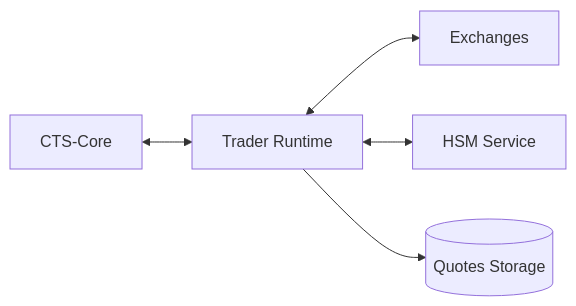
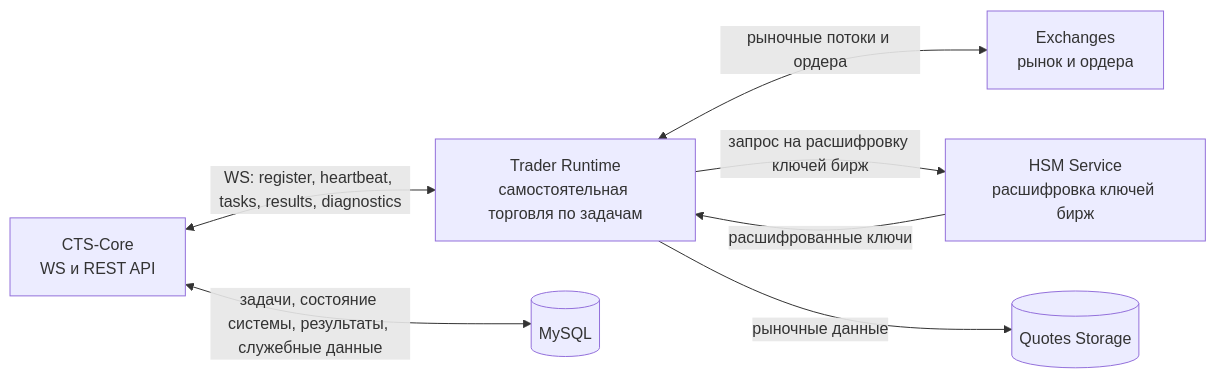
The second of 2 diagrams in ARCHITECTURE.md (titaev-lv/trader), drawn with Mermaid before and after one commit. The commit also changed other lines of this file and 3 other files, not shown here.

First line of the commit message:
docs(trader): align WS-first architecture and add transport hardening plan

````diff
--- a/ARCHITECTURE.md
+++ b/ARCHITECTURE.md
@@ -112,13 +117,16 @@
 ```mermaid
 flowchart LR
-		CORE[CTS-Core]
-		TR[Trader Runtime]
-		EXCH[Exchanges]
-		HSM[HSM Service]
+		CORE["CTS-Core\nWS и REST API"]
+		TR["Trader Runtime<br/>самостоятельная торговля по задачам"]
+		EXCH["Exchanges<br/>рынок и ордера"]
+		HSM["HSM Service<br/>расшифровка ключей бирж"]
+		MYSQL[(MySQL)]
 		Q[(Quotes Storage)]
 
-		CORE <--> TR
-		TR <--> EXCH
-		TR <--> HSM
-		TR --> Q
+		CORE <-->|WS: register, heartbeat, tasks, results, diagnostics| TR
+		CORE <-->|задачи, состояние системы, результаты, служебные данные| MYSQL
+		TR <-->|рыночные потоки и ордера| EXCH
+		TR -->|запрос на расшифровку ключей бирж| HSM
+		HSM -->|расшифрованные ключи| TR
+		TR -->|рыночные данные| Q
 ```
````
